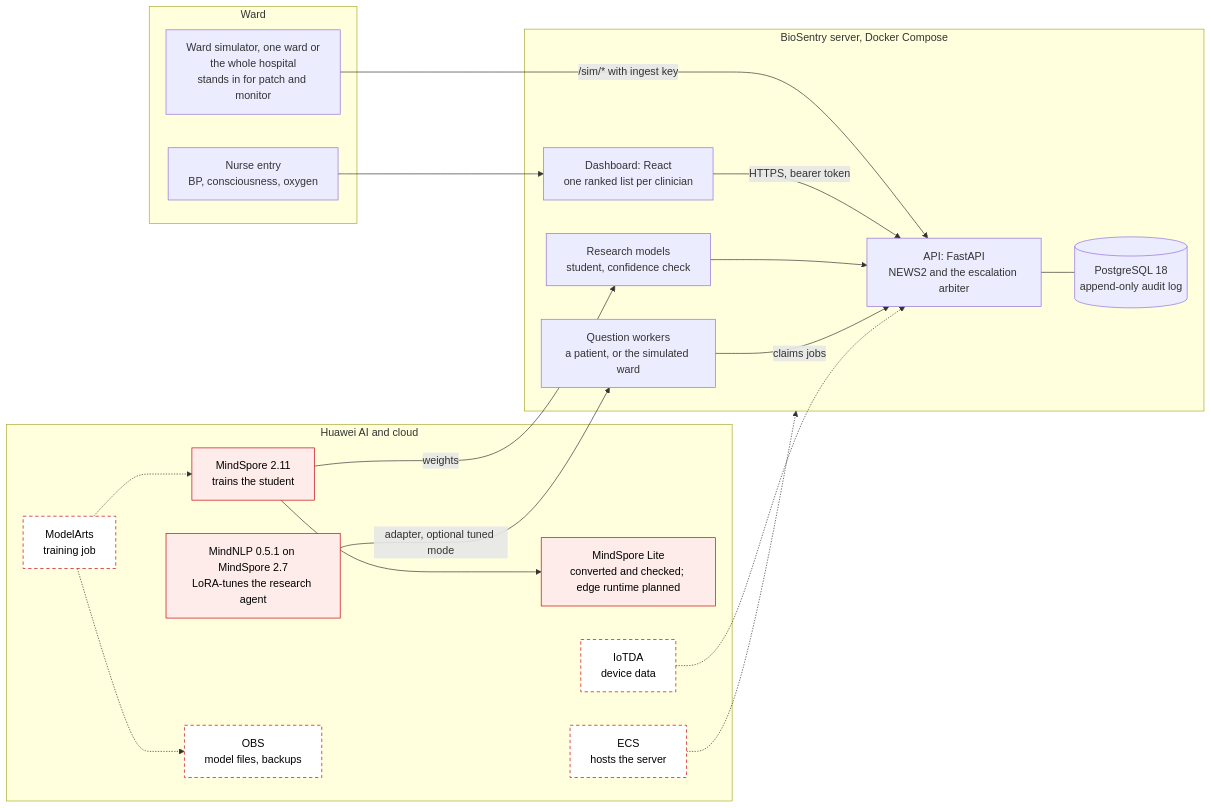
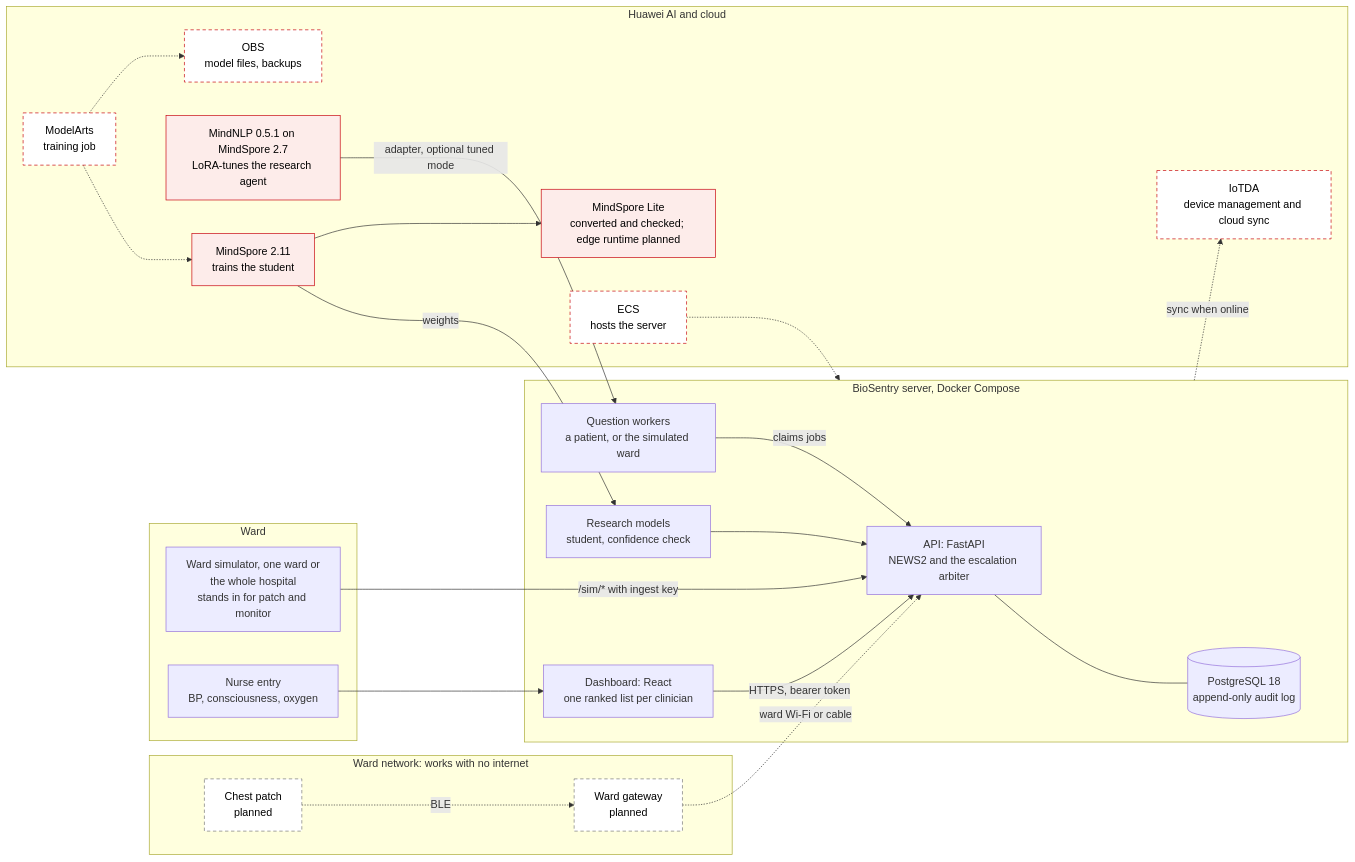
One commit to kitchen-station/BioSentry-Intelligence changed the diagram in README.md. Above: the diagram before and after it, drawn with Mermaid. The commit also changed other lines of this file, not shown here.

First line of the commit message:
docs: local first: the ward never depends on the internet (#114)

````diff
--- a/README.md
+++ b/README.md
@@ -81,40 +81,48 @@
 ```mermaid
 flowchart LR
+  subgraph wardnet["Ward network: works with no internet"]
+    patch["Chest patch<br/>planned"]
+    gw["Ward gateway<br/>planned"]
+  end
   subgraph ward["Ward"]
     sim["Ward simulator, one ward or<br/>the whole hospital<br/>stands in for patch and monitor"]
     nurse["Nurse entry<br/>BP, consciousness, oxygen"]
   end
   subgraph server["BioSentry server, Docker Compose"]
     api["API: FastAPI<br/>NEWS2 and the escalation arbiter"]
     models["Research models<br/>student, confidence check"]
     db[("PostgreSQL 18<br/>append-only audit log")]
     web["Dashboard: React<br/>one ranked list per clinician"]
     agent["Question workers<br/>a patient, or the simulated ward"]
   end
   subgraph huawei["Huawei AI and cloud"]
     ms["MindSpore 2.11<br/>trains the student"]
     lite["MindSpore Lite<br/>converted and checked; edge runtime planned"]
     nlp["MindNLP 0.5.1 on MindSpore 2.7<br/>LoRA-tunes the research agent"]
     ma["ModelArts<br/>training job"]
     obs["OBS<br/>model files, backups"]
     ecs["ECS<br/>hosts the server"]
-    iot["IoTDA<br/>device data"]
+    iot["IoTDA<br/>device management and cloud sync"]
   end
   sim -- "/sim/* with ingest key" --> api
   nurse --> web
   web -- "HTTPS, bearer token" --> api
   api --- db
   models --> api
   ms -- "weights" --> models
   ms --> lite
   agent -- "claims jobs" --> api
   nlp -- "adapter, optional tuned mode" --> agent
   ma -.-> ms
   ma -.-> obs
   ecs -.-> server
-  iot -.-> api
+  patch -. BLE .-> gw
+  gw -. ward Wi-Fi or cable .-> api
+  server -. sync when online .-> iot
   classDef used fill:#fdecea,stroke:#c7000b,color:#000
   classDef planned fill:#ffffff,stroke:#c7000b,stroke-dasharray:5 4,color:#000
   class ms,lite,nlp used
+  classDef ward fill:#ffffff,stroke:#767676,stroke-dasharray:5 4,color:#000
   class ma,obs,ecs,iot planned
+  class patch,gw ward
 ```
````
